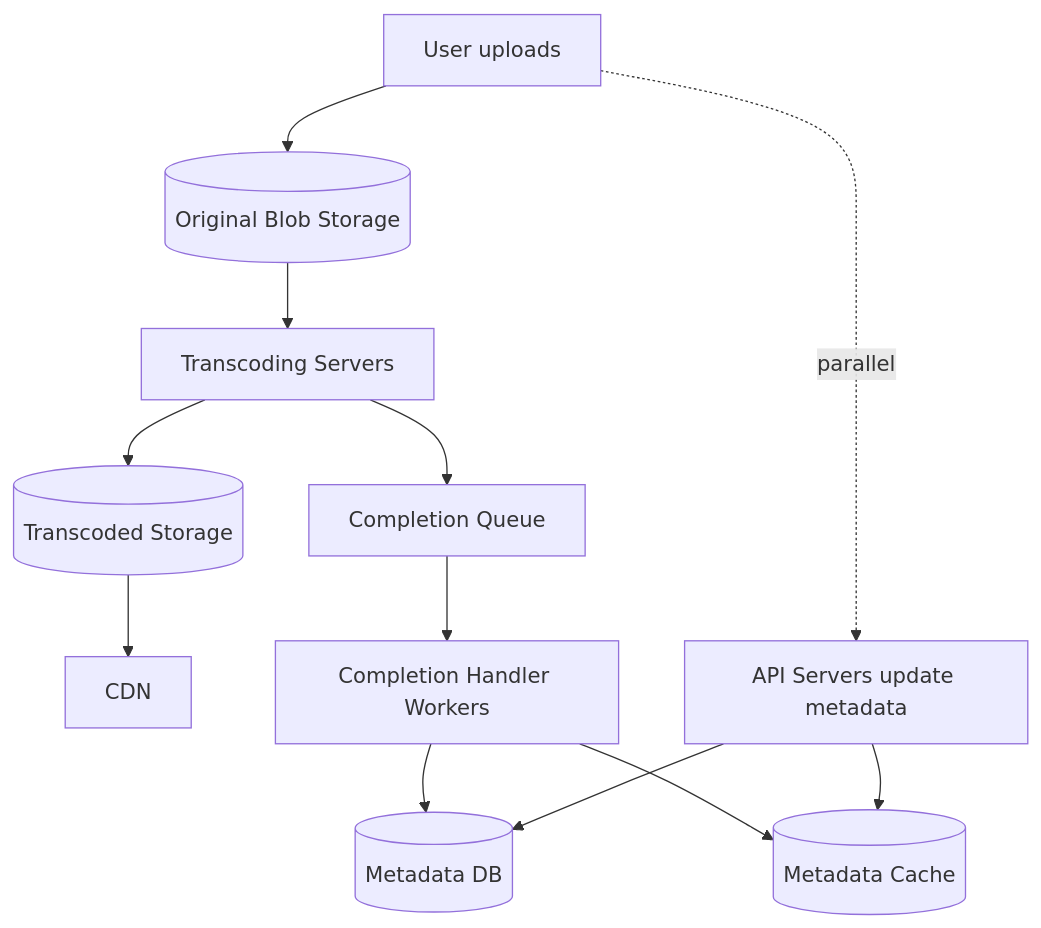
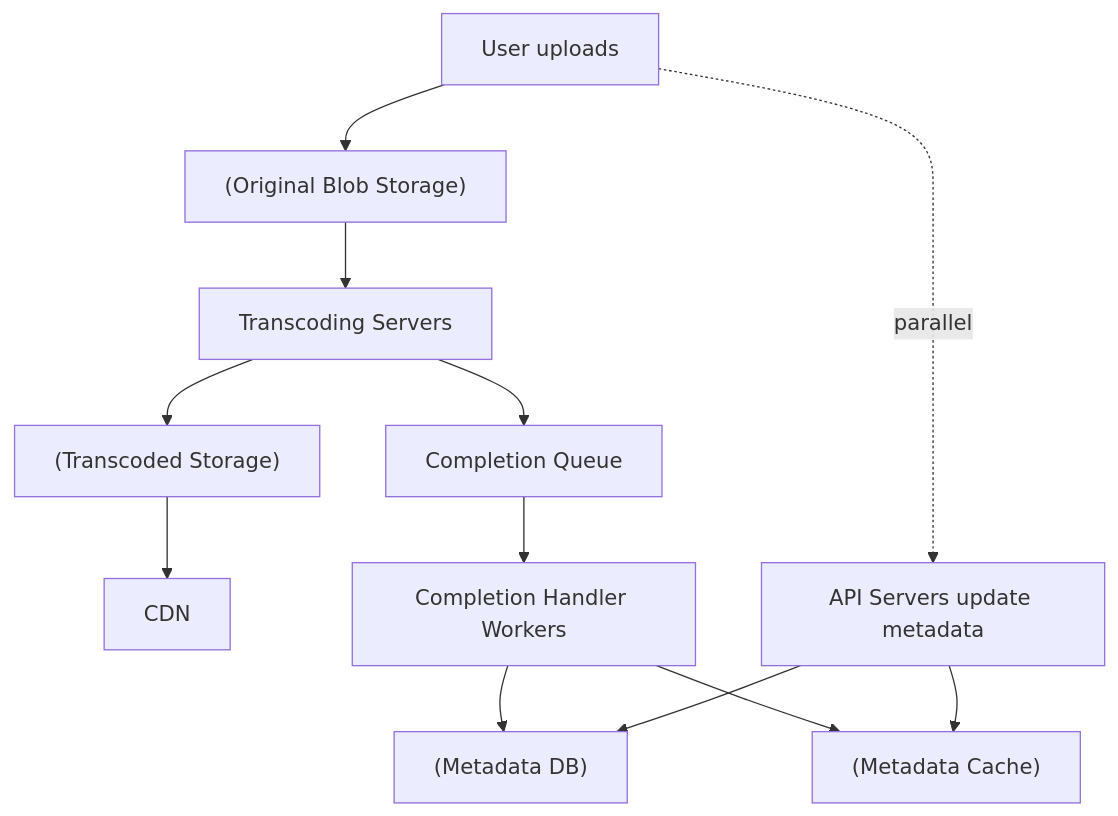
One commit to pankajThakur1874/studysheet changed the first of 2 diagrams in files/Book-System-Design-Vol-1/14-design-youtube.md. Above: the diagram before and after it, drawn with Mermaid. The commit also changed 102 other files, not shown here.

Commit message:
Auto-fix Mermaid diagram syntax across all study guides to prevent Syntax Error in Mermaid v10

````diff
--- a/files/Book-System-Design-Vol-1/14-design-youtube.md
+++ b/files/Book-System-Design-Vol-1/14-design-youtube.md
@@ -57,14 +57,14 @@
 ```mermaid
 flowchart TD
-    U[User uploads] --> OS[(Original Blob Storage)]
+    U[User uploads] --> OS["(Original Blob Storage)"]
     OS --> TS[Transcoding Servers]
-    TS --> TSt[(Transcoded Storage)]
+    TS --> TSt["(Transcoded Storage)"]
     TS --> CQ[Completion Queue]
     TSt --> CDN[CDN]
     CQ --> CH[Completion Handler Workers]
-    CH --> MDB[(Metadata DB)]
-    CH --> MC[(Metadata Cache)]
+    CH --> MDB["(Metadata DB)"]
+    CH --> MC["(Metadata Cache)"]
     U -. parallel .-> API[API Servers update metadata]
     API --> MDB
     API --> MC
 ```
````
